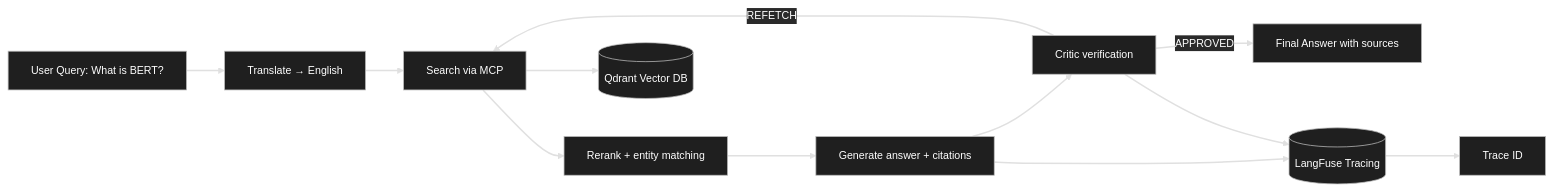
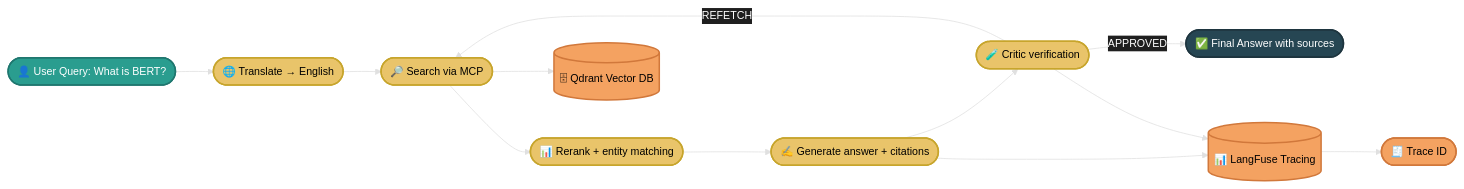
One commit to EugeneRomanov/agentic-rag-research-assistant changed the diagram in docs/diagrams/.ipynb_checkpoints/data-flow-checkpoint.md. Above: the diagram before and after it, drawn with Mermaid. The commit also changed 2 other files, not shown here.

Commit message:
docs: update diagrams and improve formatting

````diff
--- a/docs/diagrams/.ipynb_checkpoints/data-flow-checkpoint.md
+++ b/docs/diagrams/.ipynb_checkpoints/data-flow-checkpoint.md
@@ -1,49 +1,48 @@
 ```mermaid
 %%{init: {'theme': 'base', 'themeVariables': {
   'background': 'transparent',
   'primaryColor': '#1f1f1f',
   'primaryBorderColor': '#bbbbbb',
   'primaryTextColor': '#ffffff',
-  'secondaryColor': '#2a2a2a',
-  'tertiaryColor': '#2a2a2a',
   'lineColor': '#e0e0e0',
   'fontFamily': 'Inter, Arial',
   'fontSize': '14px'
 }}}%%
 
 flowchart LR
-
     %% === Input ===
-    Query["User Query: What is BERT?"]
+    Query(["👤 User Query: What is BERT?"]):::input
 
     %% === Pipeline ===
-    Translate["Translate → English"]
-    Search["Search via MCP"]
-    Rerank["Rerank + entity matching"]
-    Generate["Generate answer + citations"]
-    Critic["Critic verification"]
-    Answer["Final Answer with sources"]
+    Translate(["🌐 Translate → English"]):::process
+    Search(["🔎 Search via MCP"]):::process
+    Rerank(["📊 Rerank + entity matching"]):::process
+    Generate(["✍️ Generate answer + citations"]):::process
+    Critic(["🧪 Critic verification"]):::process
+    Answer(["✅ Final Answer with sources"]):::output
 
     %% === Storage / Services ===
-    Qdrant[(Qdrant Vector DB)]
-    LangFuse[(LangFuse Tracing)]
-    Trace["Trace ID"]
+    Qdrant[(🗄 Qdrant Vector DB)]:::storage
+    LangFuse[(📊 LangFuse Tracing)]:::storage
+    Trace(["🧾 Trace ID"]):::storage
 
     %% === Main Flow ===
     Query --> Translate --> Search
     Search --> Rerank --> Generate --> Critic
-
     Critic -->|APPROVED| Answer
     Critic -->|REFETCH| Search
 
     %% === External interactions ===
     Search --> Qdrant
 
     %% === Observability ===
     Generate --> LangFuse
     Critic --> LangFuse
     LangFuse --> Trace
 
-    %% === Visibility fix ===
-    linkStyle default stroke:#e0e0e0,stroke-width:2px
+    %% === Styling ===
+    classDef input fill:#2a9d8f,stroke:#1f776f,color:#ffffff,stroke-width:2px
+    classDef process fill:#e9c46a,stroke:#c7a52c,color:#000000,stroke-width:2px
+    classDef output fill:#264653,stroke:#1e353f,color:#ffffff,stroke-width:2px
+    classDef storage fill:#f4a261,stroke:#d1783b,color:#000000,stroke-width:2px
 ```
````
